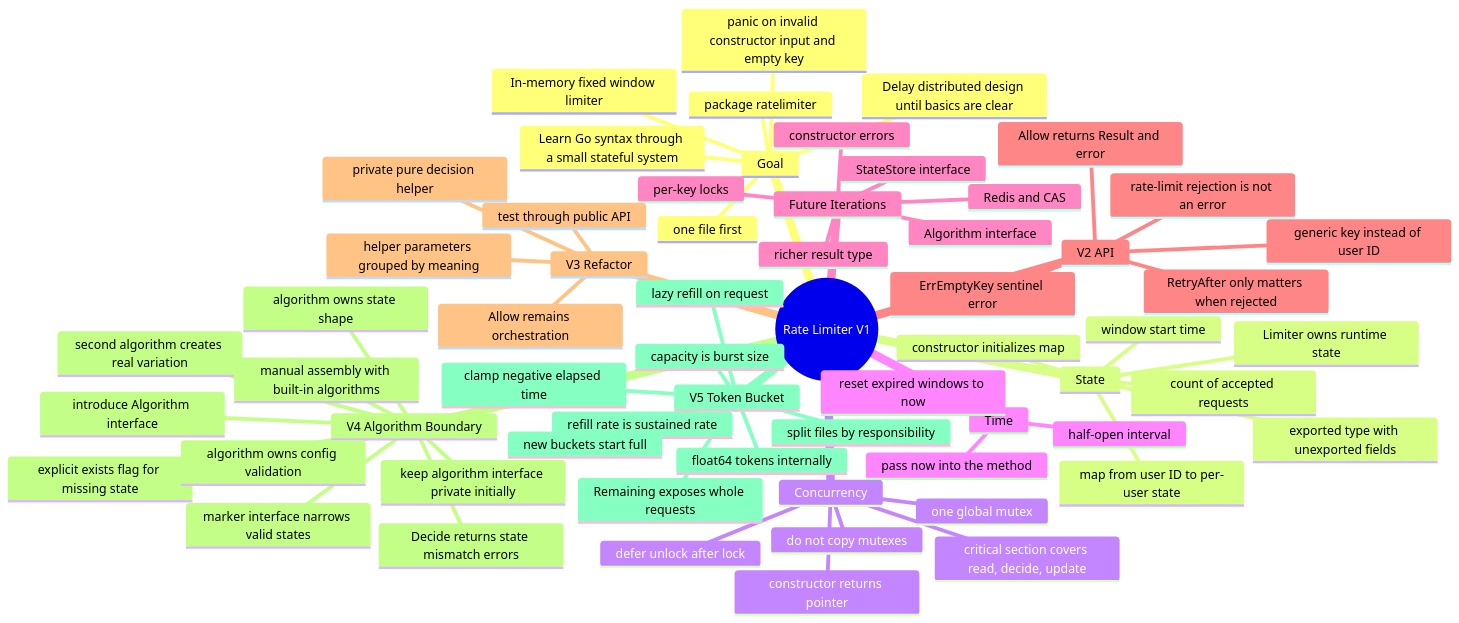
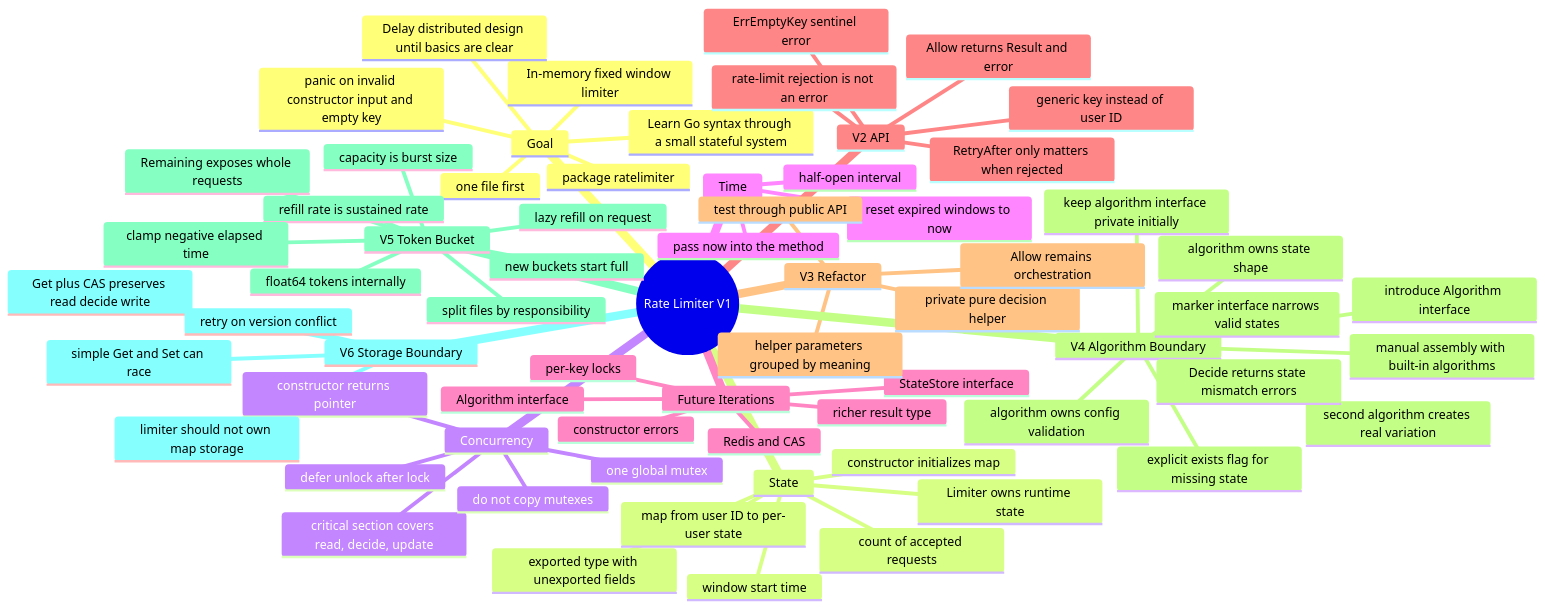
The diagram in docs/mindmaps/V1 Learning Mindmap.md (Harsh-Upadhayay/ratelimiter), drawn with Mermaid before and after one commit. The commit also changed 7 other files, not shown here.

Commit message:
feat: add V6 Storage Boundary documentation and decisions, including CAS concurrency handling

````diff
--- a/docs/mindmaps/V1 Learning Mindmap.md
+++ b/docs/mindmaps/V1 Learning Mindmap.md
@@ -5,65 +5,70 @@
 ```mermaid
 mindmap
   root((Rate Limiter V1))
     Goal
       In-memory fixed window limiter
       Learn Go syntax through a small stateful system
       Delay distributed design until basics are clear
       package ratelimiter
       one file first
       panic on invalid constructor input and empty key
     State
       Limiter owns runtime state
       exported type with unexported fields
       map from user ID to per-user state
       count of accepted requests
       window start time
       constructor initializes map
     Concurrency
       one global mutex
       critical section covers read, decide, update
       defer unlock after lock
       do not copy mutexes
       constructor returns pointer
     Time
       pass now into the method
       reset expired windows to now
       half-open interval
     Future Iterations
       Algorithm interface
       StateStore interface
       richer result type
       constructor errors
       per-key locks
       Redis and CAS
     V2 API
       Allow returns Result and error
       generic key instead of user ID
       ErrEmptyKey sentinel error
       rate-limit rejection is not an error
       RetryAfter only matters when rejected
     V3 Refactor
       private pure decision helper
       Allow remains orchestration
       test through public API
       helper parameters grouped by meaning
     V4 Algorithm Boundary
       second algorithm creates real variation
       introduce Algorithm interface
       algorithm owns state shape
       marker interface narrows valid states
       explicit exists flag for missing state
       keep algorithm interface private initially
       algorithm owns config validation
       manual assembly with built-in algorithms
       Decide returns state mismatch errors
     V5 Token Bucket
       capacity is burst size
       refill rate is sustained rate
       lazy refill on request
       float64 tokens internally
       Remaining exposes whole requests
       clamp negative elapsed time
       new buckets start full
       split files by responsibility
+    V6 Storage Boundary
+      limiter should not own map storage
+      simple Get and Set can race
+      Get plus CAS preserves read decide write
+      retry on version conflict
 ```
````
